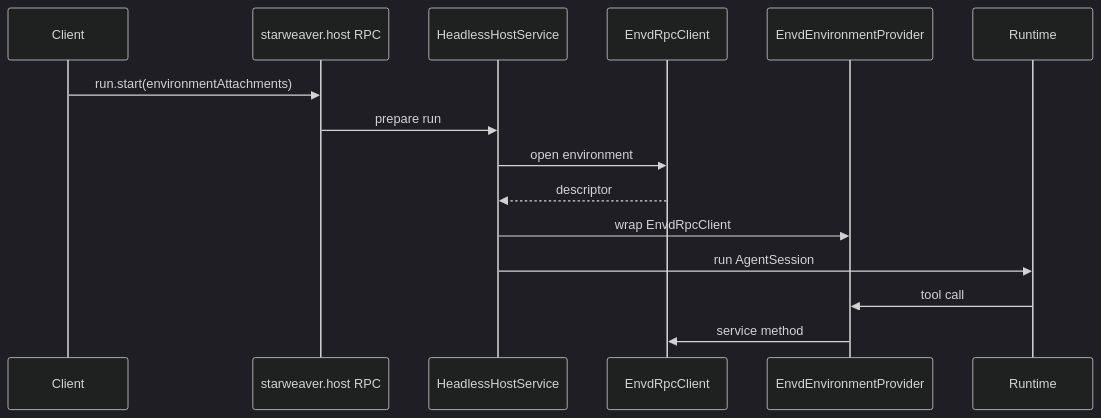
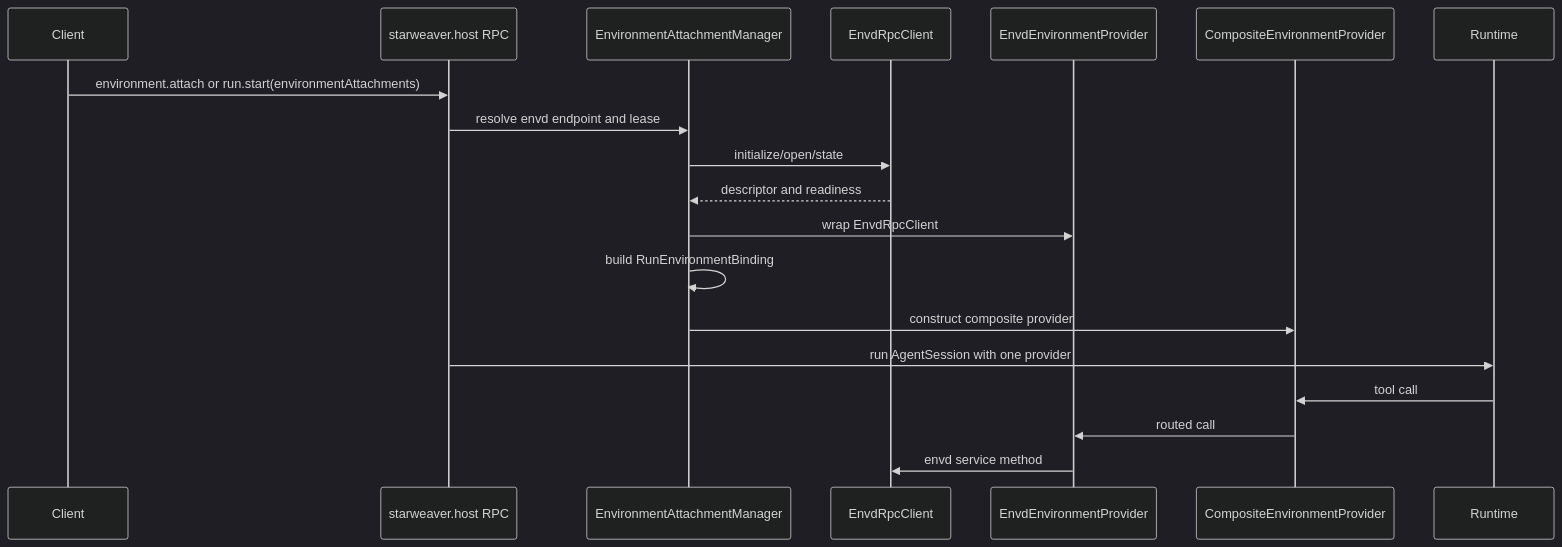
The third of 4 diagrams in spec/envd/04-provider-and-host-integration.md (Wh1isper/starweaver), drawn with Mermaid (dark theme) before and after one commit. The commit also changed other lines of this file and 17 other files, not shown here.

First line of the commit message:
feat(rpc): add environment management protocol (#8)

````diff
--- a/spec/envd/04-provider-and-host-integration.md
+++ b/spec/envd/04-provider-and-host-integration.md
@@ -92,18 +92,22 @@
 ```mermaid
 sequenceDiagram
     participant Client
     participant HostRPC as starweaver.host RPC
-    participant Host as HeadlessHostService
+    participant Manager as EnvironmentAttachmentManager
     participant EnvdClient as EnvdRpcClient
     participant Provider as EnvdEnvironmentProvider
+    participant Composite as CompositeEnvironmentProvider
     participant Runtime
 
-    Client->>HostRPC: run.start(environmentAttachments)
-    HostRPC->>Host: prepare run
-    Host->>EnvdClient: open environment
-    EnvdClient-->>Host: descriptor
-    Host->>Provider: wrap EnvdRpcClient
-    Host->>Runtime: run AgentSession
-    Runtime->>Provider: tool call
-    Provider->>EnvdClient: service method
+    Client->>HostRPC: environment.attach or run.start(environmentAttachments)
+    HostRPC->>Manager: resolve envd endpoint and lease
+    Manager->>EnvdClient: initialize/open/state
+    EnvdClient-->>Manager: descriptor and readiness
+    Manager->>Provider: wrap EnvdRpcClient
+    Manager->>Manager: build RunEnvironmentBinding
+    Manager->>Composite: construct composite provider
+    HostRPC->>Runtime: run AgentSession with one provider
+    Runtime->>Composite: tool call
+    Composite->>Provider: routed call
+    Provider->>EnvdClient: envd service method
 ```
````
